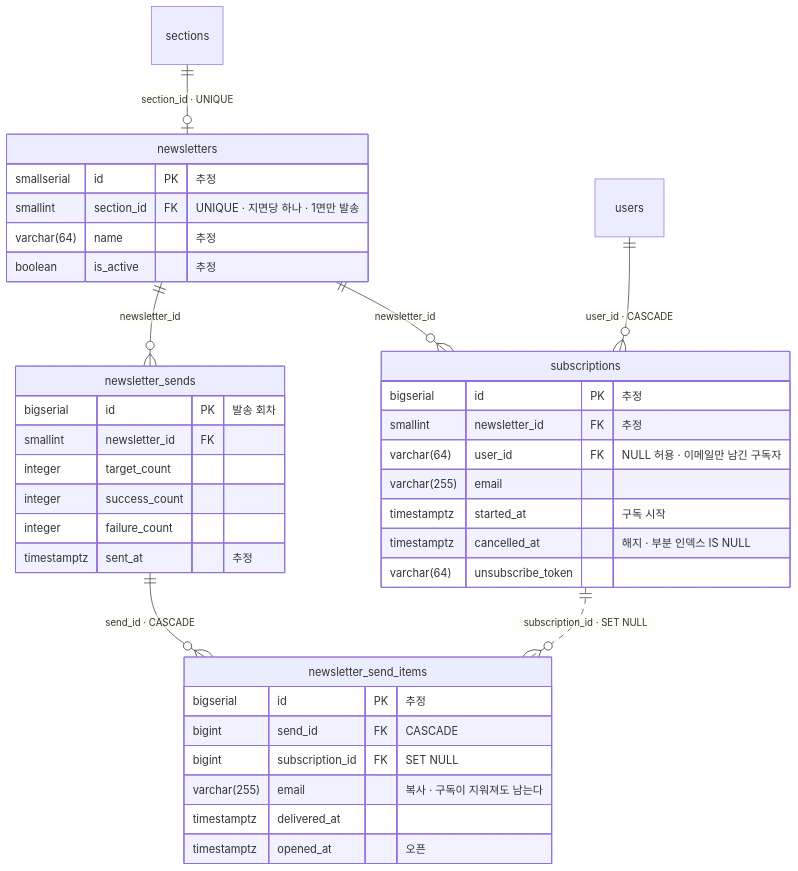
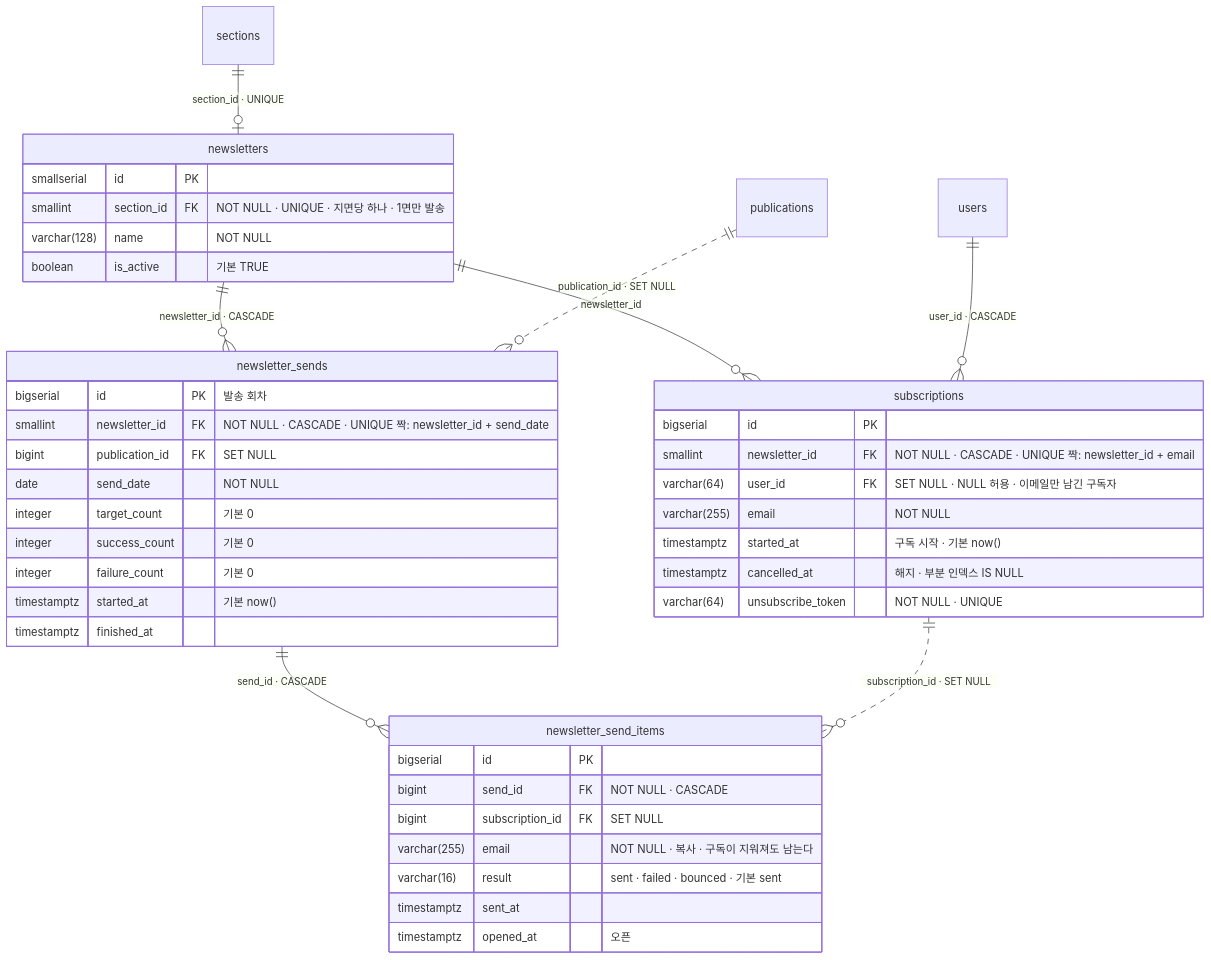
Before and after one commit to sedaily-ai/AILENS: the diagram in docs/architecture/lens-erd-src/10-newsletter.mmd, drawn with Mermaid. The commit also changed 14 other files, not shown here.

First line of the commit message:
docs(db): 원본 lens_schema.sql 확보 후 ERD 전체 대조·정정

```diff
--- a/docs/architecture/lens-erd-src/10-newsletter.mmd
+++ b/docs/architecture/lens-erd-src/10-newsletter.mmd
@@ -1,39 +1,44 @@
 erDiagram
   newsletters {
-    smallserial id PK "추정"
-    smallint section_id FK "UNIQUE · 지면당 하나 · 1면만 발송"
-    varchar(64) name "추정"
-    boolean is_active "추정"
+    smallserial id PK
+    smallint section_id FK "NOT NULL · UNIQUE · 지면당 하나 · 1면만 발송"
+    varchar(128) name "NOT NULL"
+    boolean is_active "기본 TRUE"
   }
   subscriptions {
-    bigserial id PK "추정"
-    smallint newsletter_id FK "추정"
-    varchar(64) user_id FK "NULL 허용 · 이메일만 남긴 구독자"
-    varchar(255) email
-    timestamptz started_at "구독 시작"
+    bigserial id PK
+    smallint newsletter_id FK "NOT NULL · CASCADE · UNIQUE 짝: newsletter_id + email"
+    varchar(64) user_id FK "SET NULL · NULL 허용 · 이메일만 남긴 구독자"
+    varchar(255) email "NOT NULL"
+    timestamptz started_at "구독 시작 · 기본 now()"
     timestamptz cancelled_at "해지 · 부분 인덱스 IS NULL"
-    varchar(64) unsubscribe_token
+    varchar(64) unsubscribe_token "NOT NULL · UNIQUE"
   }
   newsletter_sends {
     bigserial id PK "발송 회차"
-    smallint newsletter_id FK
-    integer target_count
-    integer success_count
-    integer failure_count
-    timestamptz sent_at "추정"
+    smallint newsletter_id FK "NOT NULL · CASCADE · UNIQUE 짝: newsletter_id + send_date"
+    bigint publication_id FK "SET NULL"
+    date send_date "NOT NULL"
+    integer target_count "기본 0"
+    integer success_count "기본 0"
+    integer failure_count "기본 0"
+    timestamptz started_at "기본 now()"
+    timestamptz finished_at
   }
   newsletter_send_items {
-    bigserial id PK "추정"
-    bigint send_id FK "CASCADE"
+    bigserial id PK
+    bigint send_id FK "NOT NULL · CASCADE"
     bigint subscription_id FK "SET NULL"
-    varchar(255) email "복사 · 구독이 지워져도 남는다"
-    timestamptz delivered_at
+    varchar(255) email "NOT NULL · 복사 · 구독이 지워져도 남는다"
+    varchar(16) result "sent · failed · bounced · 기본 sent"
+    timestamptz sent_at
     timestamptz opened_at "오픈"
   }
 
   sections ||--o| newsletters : "section_id · UNIQUE"
   newsletters ||--o{ subscriptions : "newsletter_id"
-  newsletters ||--o{ newsletter_sends : "newsletter_id"
+  newsletters ||--o{ newsletter_sends : "newsletter_id · CASCADE"
+  publications ||..o{ newsletter_sends : "publication_id · SET NULL"
   newsletter_sends ||--o{ newsletter_send_items : "send_id · CASCADE"
   subscriptions ||..o{ newsletter_send_items : "subscription_id · SET NULL"
   users ||--o{ subscriptions : "user_id · CASCADE"
```
